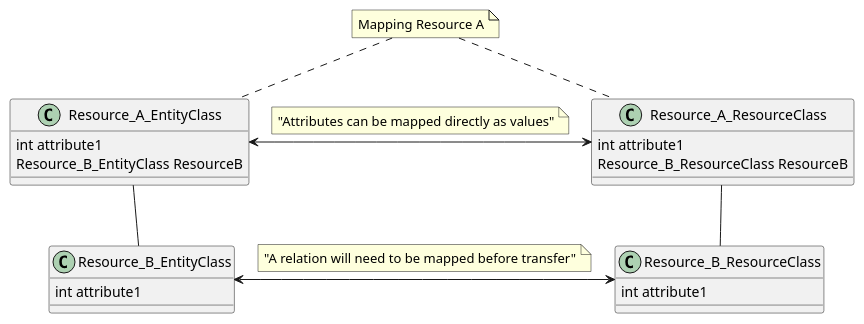
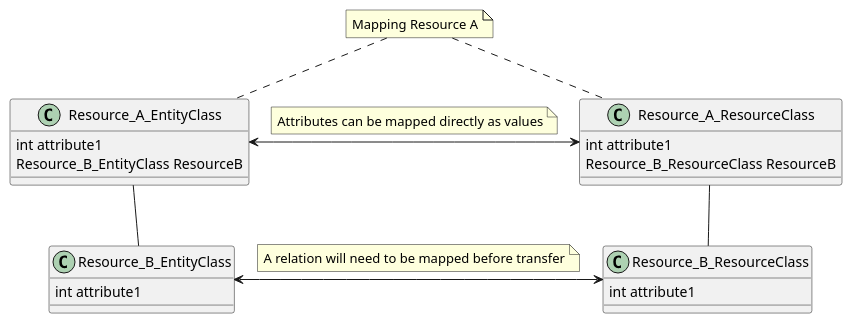
The diagram in docs/plantumls/SimpleMappingOperation.puml (AAFC-BICoE/dina-base-api), drawn with PlantUML before and after one commit. The commit also changed 3 other files, not shown here.

```diff
--- a/docs/plantumls/SimpleMappingOperation.puml
+++ b/docs/plantumls/SimpleMappingOperation.puml
@@ -1,37 +1,37 @@
 @startuml
 note "Mapping Resource A" as N1
 
 class Resource_A_EntityClass {
 int attribute1
 Resource_B_EntityClass ResourceB
 }
 
 class Resource_A_ResourceClass {
 int attribute1
 Resource_B_ResourceClass ResourceB
 }
 
 class Resource_B_EntityClass {
 int attribute1
 }
 
 class Resource_B_ResourceClass {
 int attribute1
 }
 
 
 Resource_A_EntityClass <-> Resource_A_ResourceClass
 
-note on link: "Attributes can be mapped directly as values"
+note on link: Attributes can be mapped directly as values
 
 Resource_B_EntityClass <-> Resource_B_ResourceClass
 
-note on link: "A relation will need to be mapped before transfer"
+note on link: A relation will need to be mapped before transfer
 
 Resource_A_EntityClass -- Resource_B_EntityClass
 Resource_A_ResourceClass -- Resource_B_ResourceClass
 
 N1 .. Resource_A_EntityClass
 N1 .. Resource_A_ResourceClass
 
 @enduml
```
